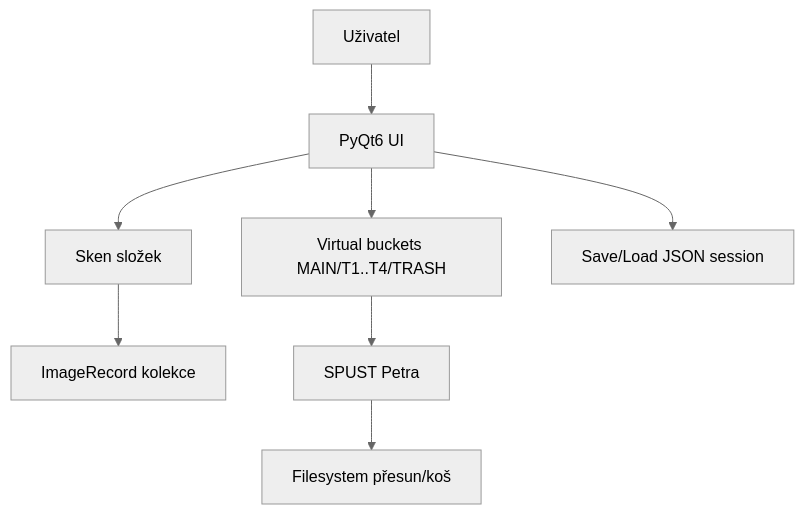
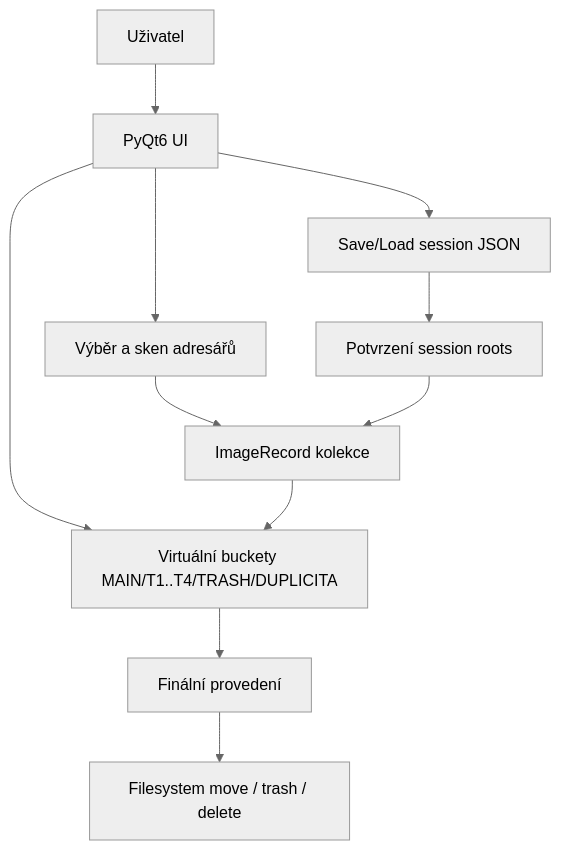
One commit to karelmartinek-a11y/FotoSelector changed the diagram in docs/ARCHITECTURE.md. Above: the diagram before and after it, drawn with Mermaid (neutral theme). The commit also changed other lines of this file and 16 other files, not shown here.

````diff
--- a/docs/ARCHITECTURE.md
+++ b/docs/ARCHITECTURE.md
@@ -9,10 +10,13 @@
 ```mermaid
 flowchart TD
-    U[Uživatel] --> GUI[PyQt6 UI]
-    GUI --> Scan[Sken složek]
-    Scan --> Img[ImageRecord kolekce]
-    GUI --> Buckets[Virtual buckets MAIN/T1..T4/TRASH]
-    Buckets --> Apply[SPUST Petra]
-    Apply --> FS[Filesystem přesun/koš]
-    GUI --> Session[Save/Load JSON session]
+    U["Uživatel"] --> GUI["PyQt6 UI"]
+    GUI --> Scan["Výběr a sken adresářů"]
+    Scan --> Records["ImageRecord kolekce"]
+    GUI --> Buckets["Virtuální buckety MAIN/T1..T4/TRASH/DUPLICITA"]
+    Records --> Buckets
+    GUI --> Session["Save/Load session JSON"]
+    Session --> Confirm["Potvrzení session roots"]
+    Confirm --> Records
+    Buckets --> Apply["Finální provedení"]
+    Apply --> FS["Filesystem move / trash / delete"]
 ```
````
